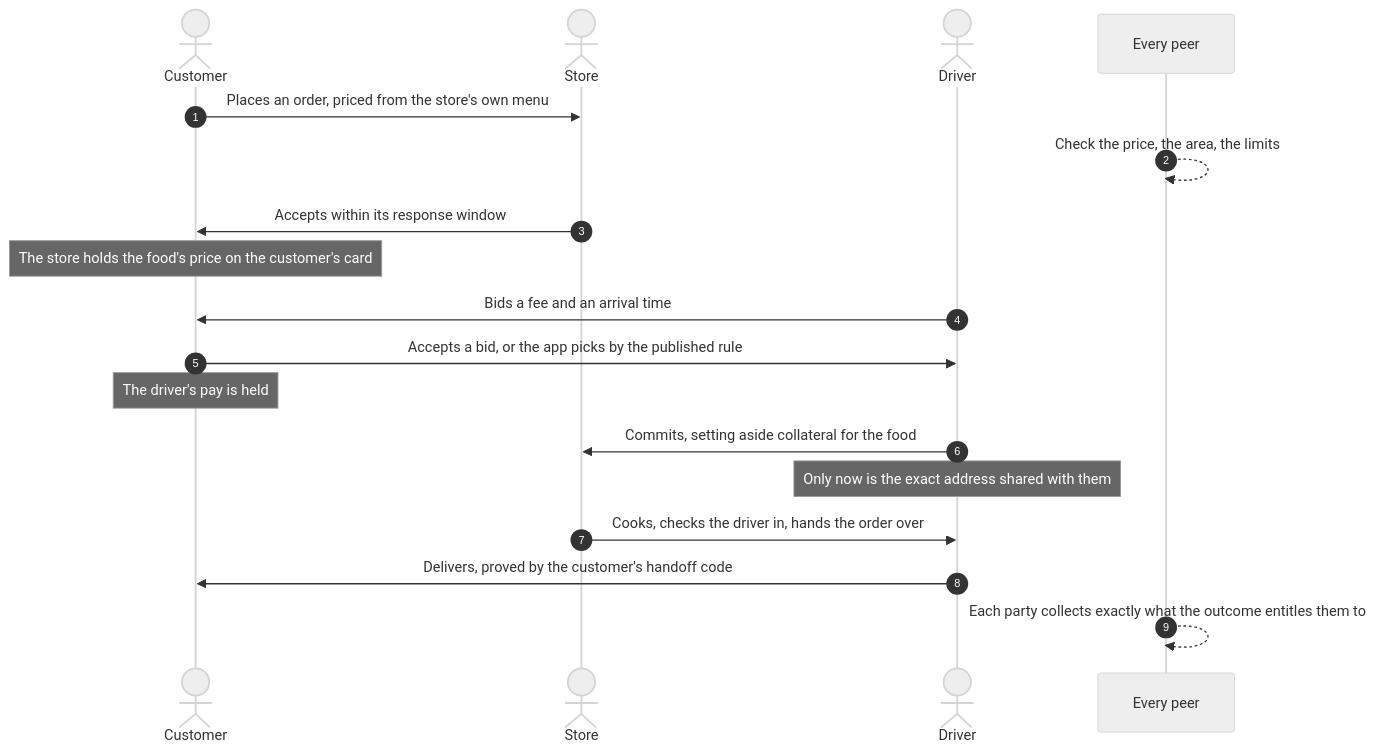
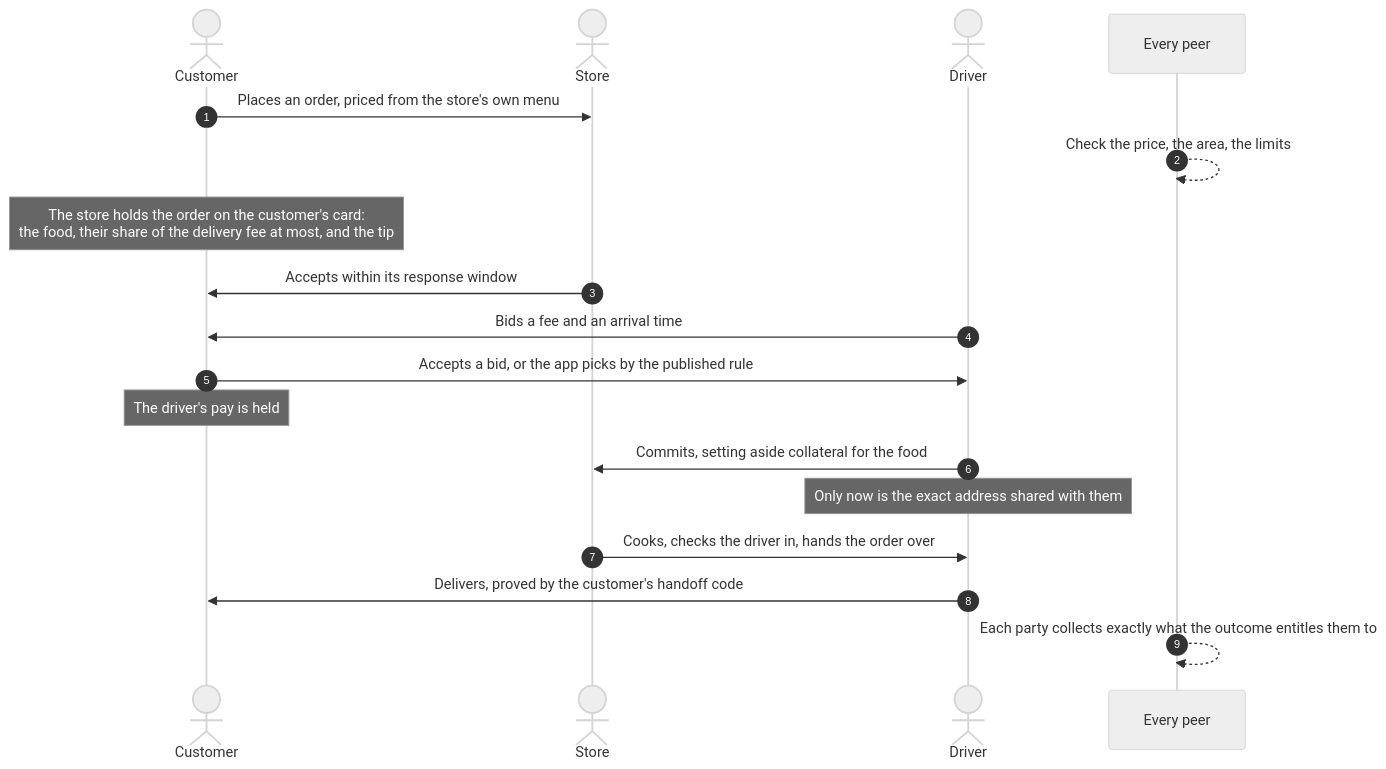
Before and after one commit to TrevorWysong/HandShake: the fourth of 6 diagrams in README.md, drawn with Mermaid (neutral theme). The commit also changed other lines of this file and 4 other files, not shown here.

````diff
--- a/README.md
+++ b/README.md
@@ -128,21 +128,21 @@
 ```mermaid
 sequenceDiagram
     autonumber
     actor Customer
     actor Store
     actor Driver
     participant Peers as Every peer
 
     Customer->>Store: Places an order, priced from the store's own menu
     Peers-->>Peers: Check the price, the area, the limits
+    Note over Customer: The store holds the order on the customer's card:<br/>the food, their share of the delivery fee at most, and the tip
     Store->>Customer: Accepts within its response window
-    Note over Customer: The store holds the food's price on the customer's card
     Driver->>Customer: Bids a fee and an arrival time
     Customer->>Driver: Accepts a bid, or the app picks by the published rule
     Note over Customer: The driver's pay is held
     Driver->>Store: Commits, setting aside collateral for the food
     Note over Driver: Only now is the exact address shared with them
     Store->>Driver: Cooks, checks the driver in, hands the order over
     Driver->>Customer: Delivers, proved by the customer's handoff code
     Peers-->>Peers: Each party collects exactly what the outcome entitles them to
 ```
````
